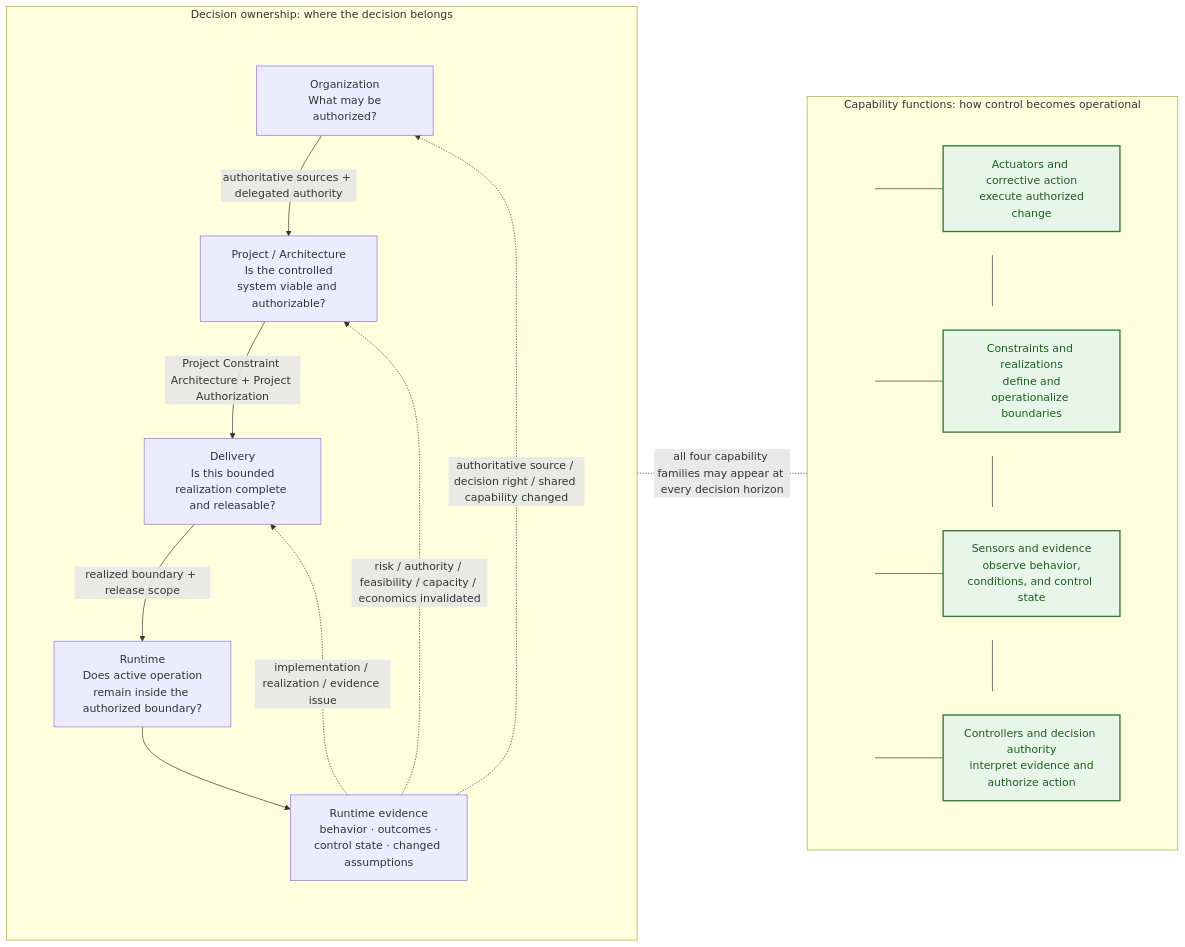
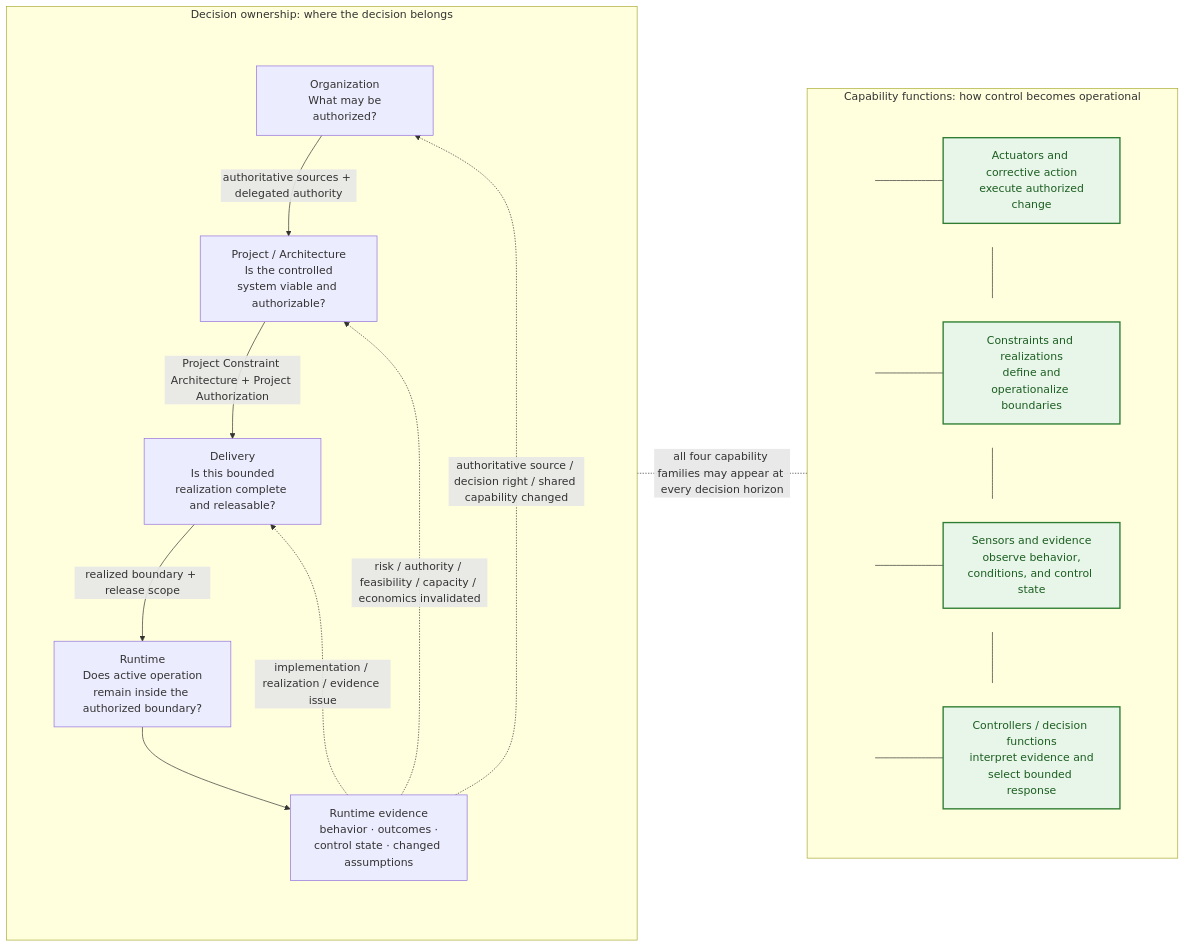
One commit to UncertaintyArchitectureGroup/uncertainty-architecture changed the ninth of 15 diagrams in content/research/notes/open-engineering-specification-article-draft.md. Above: the diagram before and after it, drawn with Mermaid. The commit also changed other lines of this file and 1 other file, not shown here.

Commit message:
docs(research): align controller authority evidence and figure sequence

````diff
--- a/content/research/notes/open-engineering-specification-article-draft.md
+++ b/content/research/notes/open-engineering-specification-article-draft.md
@@ -512,62 +512,62 @@
 ```mermaid
 flowchart LR
     subgraph L["Decision ownership: where the decision belongs"]
         direction TB
         subgraph SPINE9[" "]
   direction TB
   O["Organization<br/> What may be authorized?"]
   P["Project / Architecture<br/> Is the controlled system viable and authorizable?"]
   D["Delivery<br/> Is this bounded realization complete and releasable?"]
   R["Runtime<br/> Does active operation remain inside the authorized boundary?"]
   E["Runtime evidence<br/> behavior · outcomes · control state · changed assumptions"]
 
   O -->|authoritative sources + delegated authority| P
   P -->|Project Constraint Architecture + Project Authorization| D
   D -->|realized boundary + release scope| R
   R --> E
         end
 
         E -.->|implementation / realization / evidence issue| D
         E -.->|risk / authority / feasibility / capacity / economics invalidated| P
         E -.->|authoritative source / decision right / shared capability changed| O
 
         style SPINE9 fill:none,stroke:none
     end
 
     subgraph F["Capability functions: how control becomes operational"]
         direction TB
 
         subgraph F1[" "]
   direction LR
   J1(( )) --- A["Actuators and corrective action<br/> execute authorized change"]
         end
         subgraph F2[" "]
   direction LR
   J2(( )) --- K["Constraints and realizations<br/> define and operationalize boundaries"]
         end
         subgraph F3[" "]
   direction LR
   J3(( )) --- S["Sensors and evidence<br/> observe behavior, conditions, and control state"]
         end
         subgraph F4[" "]
   direction LR
-  J4(( )) --- C["Controllers and decision authority<br/> interpret evidence and authorize action"]
+  J4(( )) --- C["Controllers / decision functions<br/> interpret evidence and select bounded response"]
         end
 
         J1 --- J2
         J2 --- J3
         J3 --- J4
 
         style F1 fill:none,stroke:none
         style F2 fill:none,stroke:none
         style F3 fill:none,stroke:none
         style F4 fill:none,stroke:none
     end
 
     L -. "all four capability families may appear at every decision horizon" .- F
 
     classDef capability fill:#e8f5e9,stroke:#2e7d32,stroke-width:2px,color:#1b5e20;
     classDef railpoint fill:transparent,stroke:transparent,color:transparent;
     class A,K,S,C capability;
     class J1,J2,J3,J4 railpoint;
 ```
````
